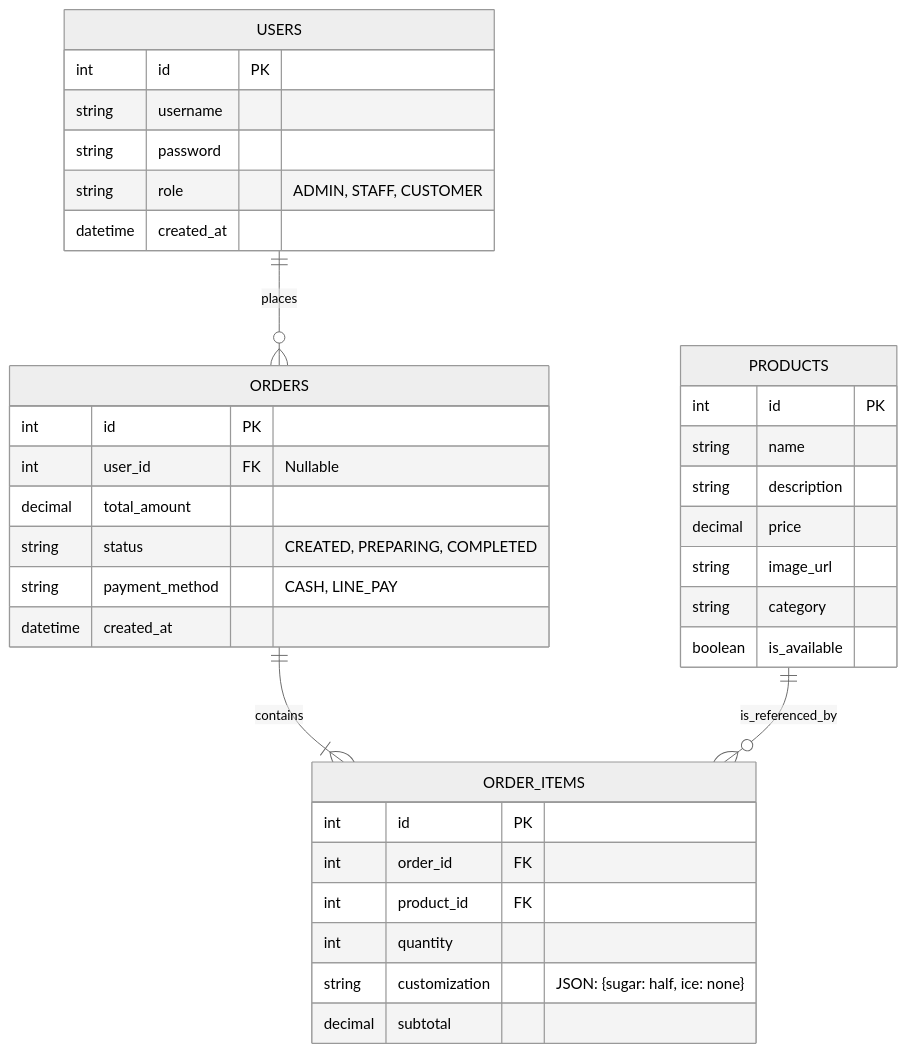
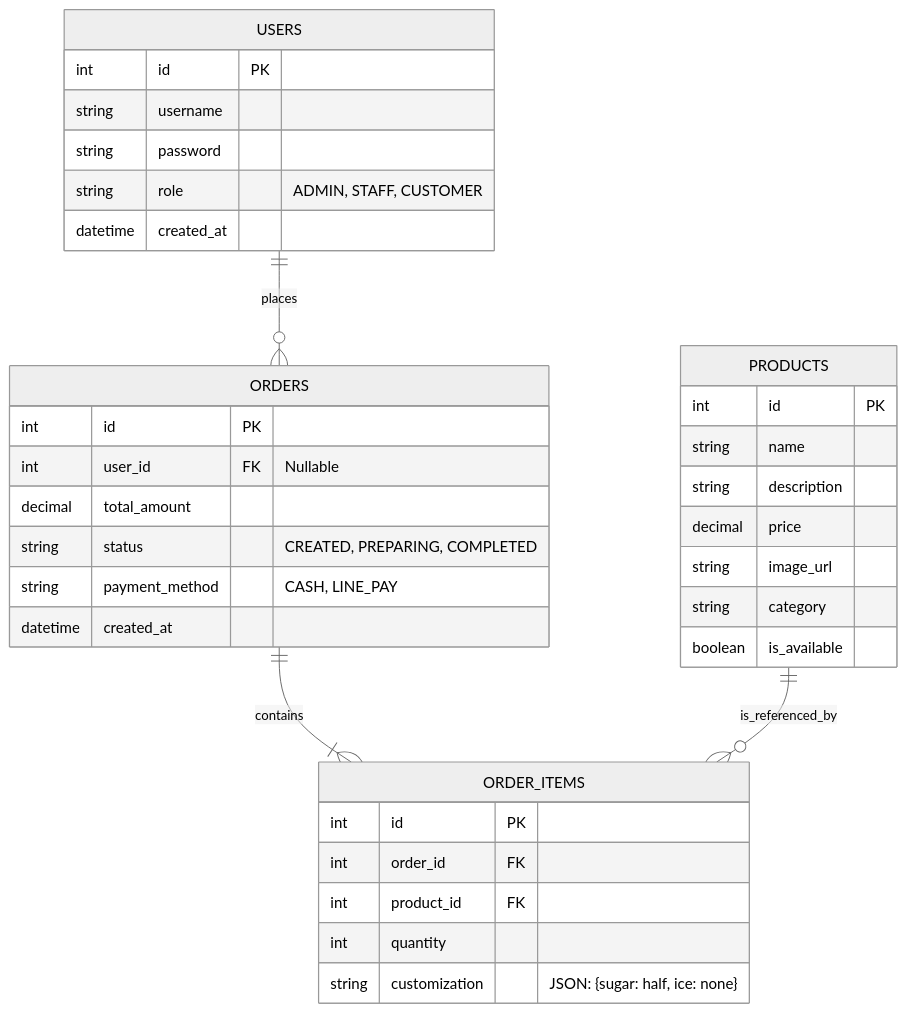
One commit to 111534114/Shopping changed the third of 5 diagrams in doc/SD.md. Above: the diagram before and after it, drawn with Mermaid (neutral theme). The commit also changed other lines of this file, not shown here.

````diff
--- a/doc/SD.md
+++ b/doc/SD.md
@@ -107,42 +107,41 @@
 ```mermaid
 erDiagram
     USERS ||--o{ ORDERS : places
     ORDERS ||--|{ ORDER_ITEMS : contains
     PRODUCTS ||--o{ ORDER_ITEMS : is_referenced_by
 
     USERS {
         int id PK
         string username
         string password
         string role "ADMIN, STAFF, CUSTOMER"
         datetime created_at
     }
 
     PRODUCTS {
         int id PK
         string name
         string description
         decimal price
         string image_url
         string category
         boolean is_available
     }
 
     ORDERS {
         int id PK
         int user_id FK "Nullable"
         decimal total_amount
         string status "CREATED, PREPARING, COMPLETED"
         string payment_method "CASH, LINE_PAY"
         datetime created_at
     }
 
     ORDER_ITEMS {
         int id PK
         int order_id FK
         int product_id FK
         int quantity
         string customization "JSON: {sugar: half, ice: none}"
-        decimal subtotal
     }
 ```
````
